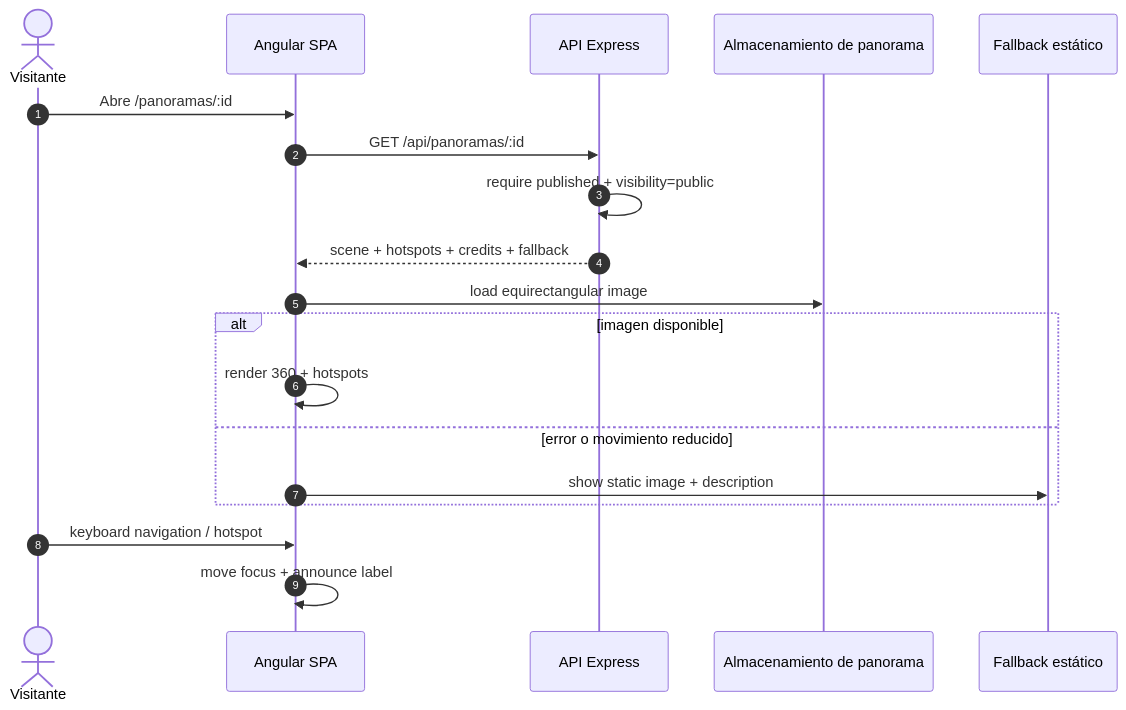
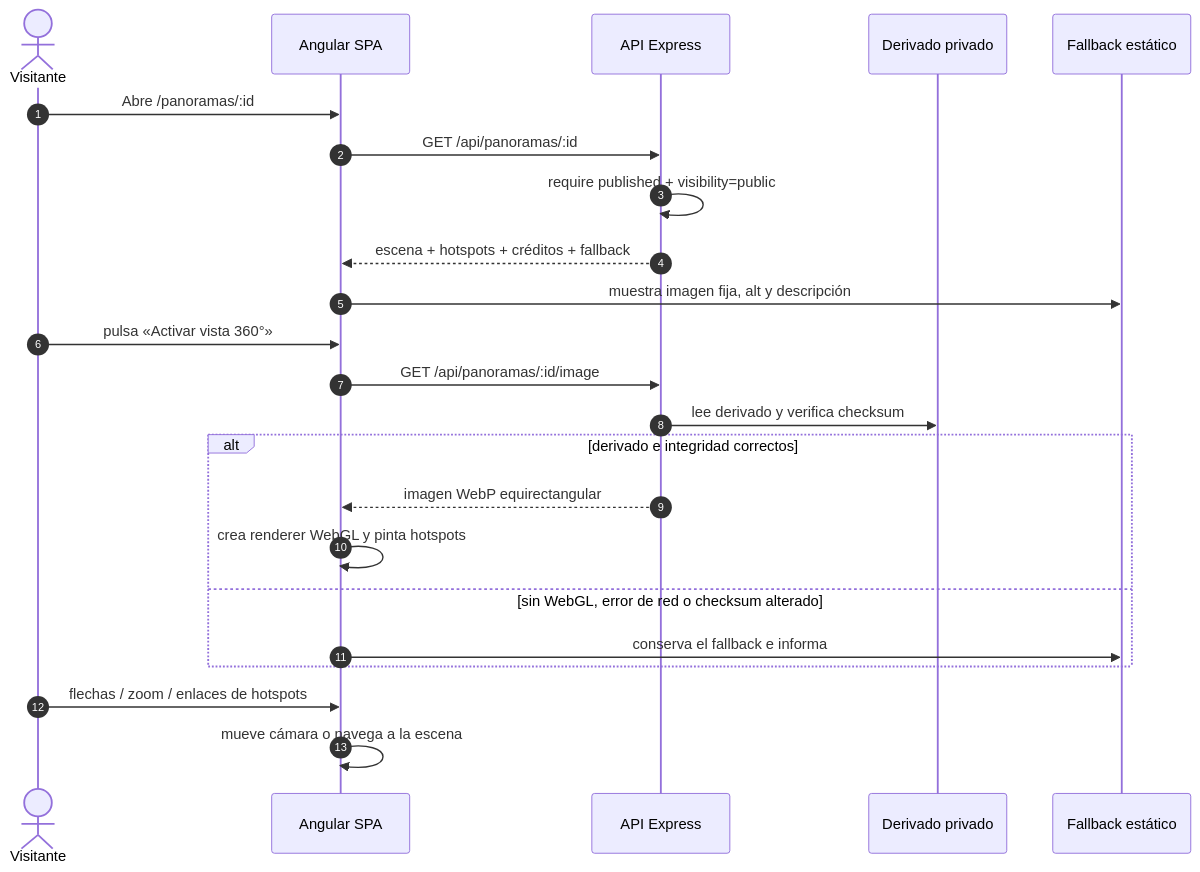
One commit to Isaacoronam/FalconSync changed the ninth of 10 diagrams in docs/CASOS-USO.md. Above: the diagram before and after it, drawn with Mermaid. The commit also changed other lines of this file and 60 other files, not shown here.

````diff
--- a/docs/CASOS-USO.md
+++ b/docs/CASOS-USO.md
@@ -791,22 +795,26 @@
 ```mermaid
 sequenceDiagram
     autonumber
     actor U as Visitante
     participant SPA as Angular SPA
     participant API as API Express
-    participant CDN as Almacenamiento de panorama
+    participant FS as Derivado privado
     participant FB as Fallback estático
 
     U->>SPA: Abre /panoramas/:id
     SPA->>API: GET /api/panoramas/:id
     API->>API: require published + visibility=public
-    API-->>SPA: scene + hotspots + credits + fallback
-    SPA->>CDN: load equirectangular image
-    alt imagen disponible
-        SPA->>SPA: render 360 + hotspots
-    else error o movimiento reducido
-        SPA->>FB: show static image + description
+    API-->>SPA: escena + hotspots + créditos + fallback
+    SPA->>FB: muestra imagen fija, alt y descripción
+    U->>SPA: pulsa «Activar vista 360°»
+    SPA->>API: GET /api/panoramas/:id/image
+    API->>FS: lee derivado y verifica checksum
+    alt derivado e integridad correctos
+        API-->>SPA: imagen WebP equirectangular
+        SPA->>SPA: crea renderer WebGL y pinta hotspots
+    else sin WebGL, error de red o checksum alterado
+        SPA->>FB: conserva el fallback e informa
     end
-    U->>SPA: keyboard navigation / hotspot
-    SPA->>SPA: move focus + announce label
+    U->>SPA: flechas / zoom / enlaces de hotspots
+    SPA->>SPA: mueve cámara o navega a la escena
 ```
````
